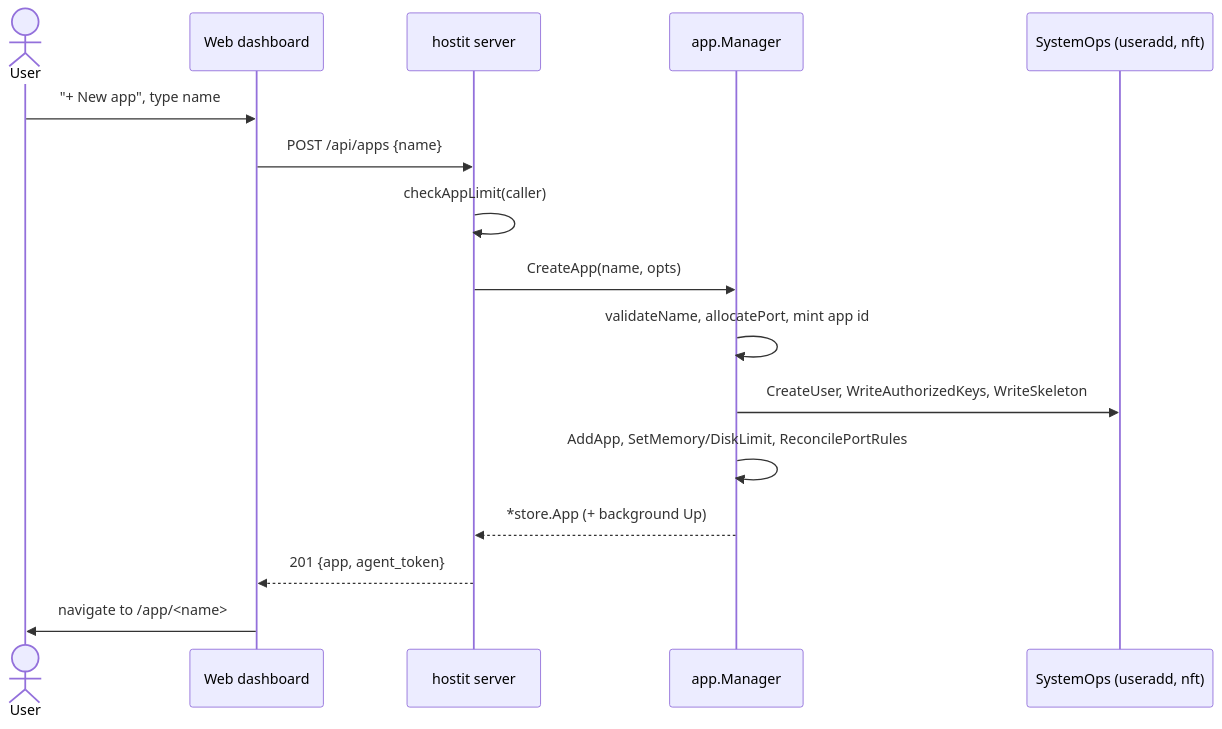
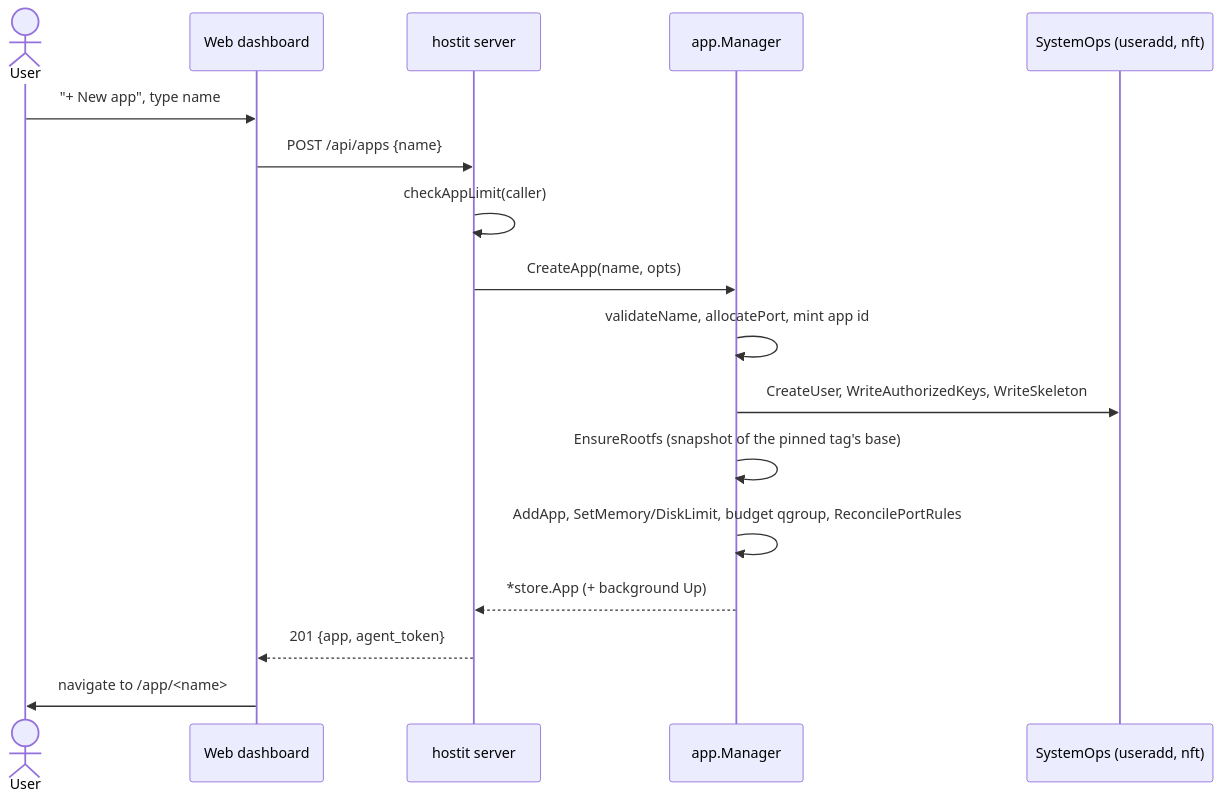
One commit to binwiederhier/hostit changed the diagram in docs/features/apps-lifecycle.md. Above: the diagram before and after it, drawn with Mermaid. The commit also changed other lines of this file and 20 other files, not shown here.

First line of the commit message:
docs,web,cmd: catch the docs up to rootfs-backed storage and combined disk budgets

````diff
--- a/docs/features/apps-lifecycle.md
+++ b/docs/features/apps-lifecycle.md
@@ -42,18 +42,19 @@
 ```mermaid
 sequenceDiagram
     actor User
     participant Dashboard as Web dashboard
     participant Server as hostit server
     participant Manager as app.Manager
     participant OS as SystemOps (useradd, nft)
     User->>Dashboard: "+ New app", type name
     Dashboard->>Server: POST /api/apps {name}
     Server->>Server: checkAppLimit(caller)
     Server->>Manager: CreateApp(name, opts)
     Manager->>Manager: validateName, allocatePort, mint app id
     Manager->>OS: CreateUser, WriteAuthorizedKeys, WriteSkeleton
-    Manager->>Manager: AddApp, SetMemory/DiskLimit, ReconcilePortRules
+    Manager->>Manager: EnsureRootfs (snapshot of the pinned tag's base)
+    Manager->>Manager: AddApp, SetMemory/DiskLimit, budget qgroup, ReconcilePortRules
     Manager-->>Server: *store.App (+ background Up)
     Server-->>Dashboard: 201 {app, agent_token}
     Dashboard->>User: navigate to /app/<name>
 ```
````
